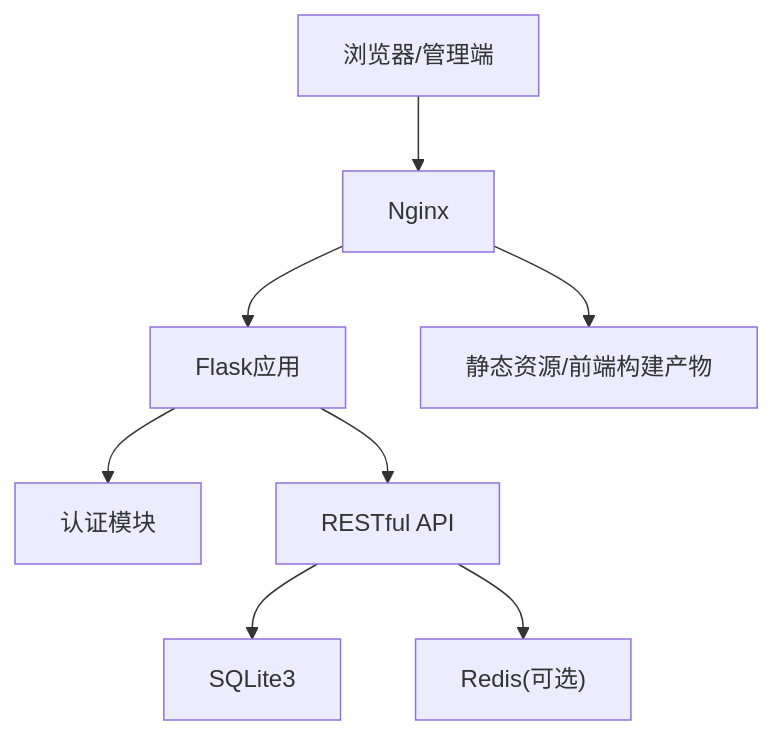
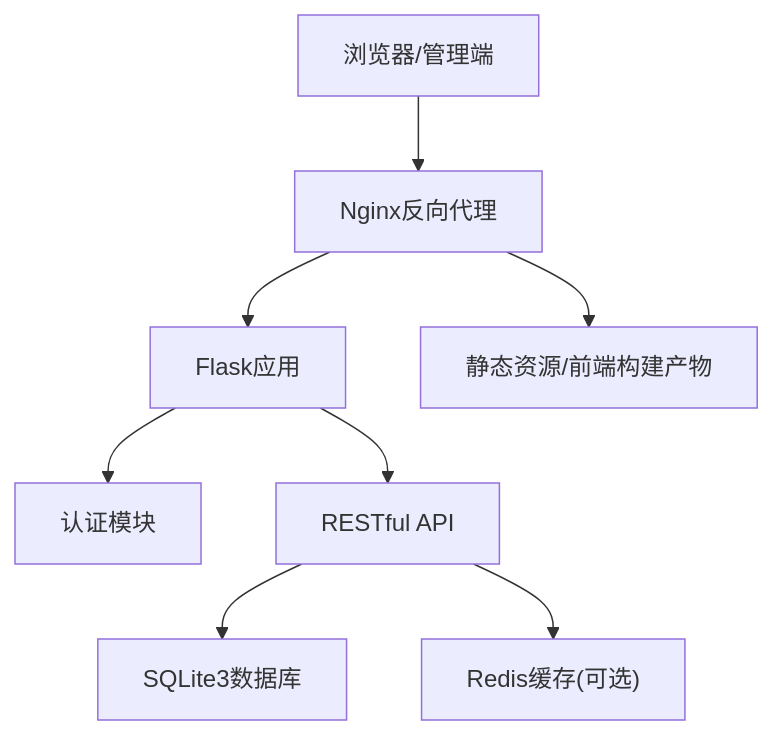
Before and after one commit to wyg5208/website_diy: the first of 6 diagrams in .qoder/repowiki/zh/content/项目实施计划/项目开发阶段/开发实施阶段.md, drawn with Mermaid. The commit also changed other lines of this file and 43 other files, not shown here.

````diff
--- a/.qoder/repowiki/zh/content/项目实施计划/项目开发阶段/开发实施阶段.md
+++ b/.qoder/repowiki/zh/content/项目实施计划/项目开发阶段/开发实施阶段.md
@@ -78,10 +215,10 @@
 ```mermaid
 graph TB
-Client["浏览器/管理端"] --> Nginx["Nginx"]
+Client["浏览器/管理端"] --> Nginx["Nginx反向代理"]
 Nginx --> Flask["Flask应用"]
 Flask --> Auth["认证模块"]
 Flask --> API["RESTful API"]
-API --> DB["SQLite3"]
-API --> Cache["Redis(可选)"]
+API --> DB["SQLite3数据库"]
+API --> Cache["Redis缓存(可选)"]
 Nginx --> Static["静态资源/前端构建产物"]
 ```
````
